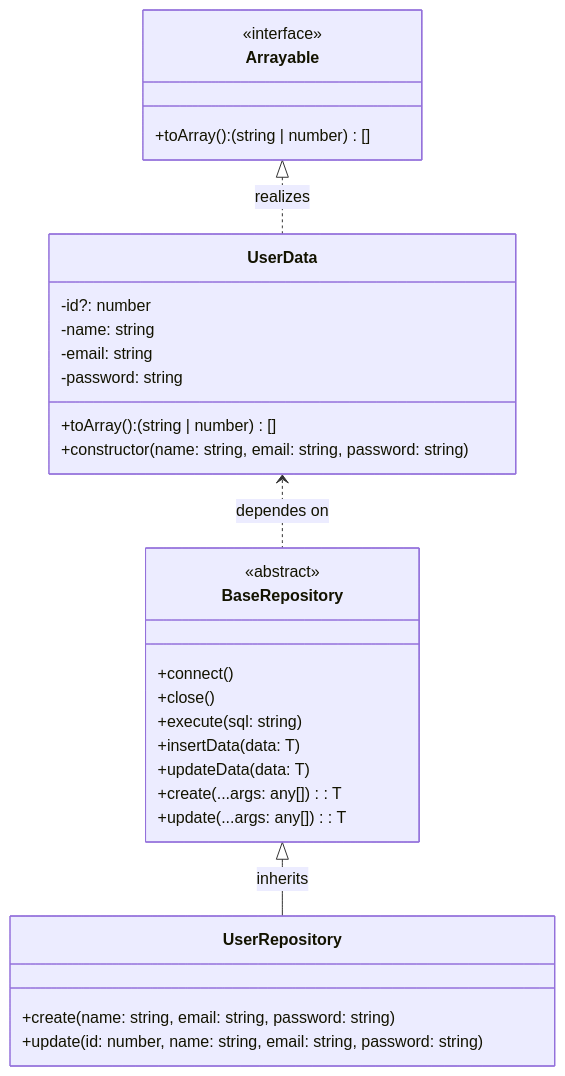
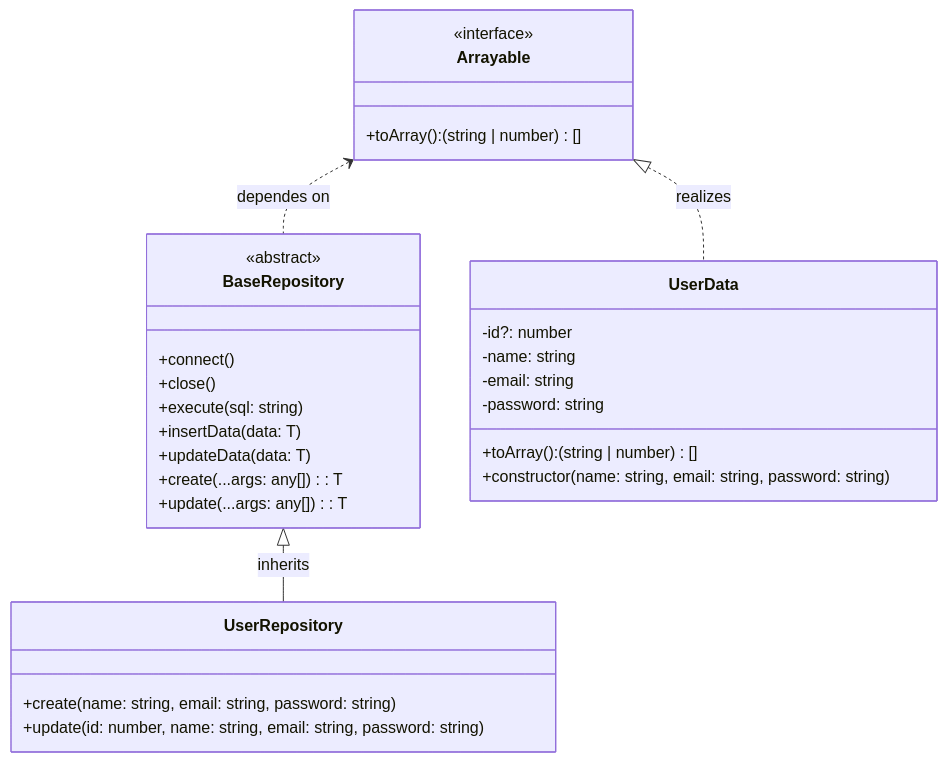
One commit to nominalrune/wiki_project changed the first of 2 diagrams in TypeScript/md.md. Above: the diagram before and after it, drawn with Mermaid.

````diff
--- a/TypeScript/md.md
+++ b/TypeScript/md.md
@@ -4,32 +4,32 @@
 ```mermaid
 classDiagram
     class BaseRepository {
         <<abstract>>
         +connect()
         +close()
         +execute(sql: string)
         +insertData(data: T)
         +updateData(data: T)
         +create(...args: any[]): T
         +update(...args: any[]): T
     }
     class UserRepository {
         +create(name: string, email: string, password: string)
         +update(id: number, name: string, email: string, password: string)
     }
     class UserData {
         -id?: number
         -name: string
         -email: string
         -password: string
         +toArray(): (string | number)[]
         +constructor(name: string, email: string, password: string)
     }
     class Arrayable {
         <<interface>>
         +toArray(): (string | number)[]
     }
     BaseRepository <|-- UserRepository :inherits
-    UserData <.. BaseRepository :dependes on
+    Arrayable <.. BaseRepository :dependes on
     Arrayable <|.. UserData :realizes
 ```
````
